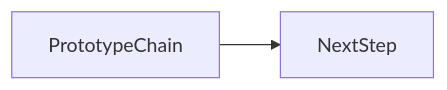
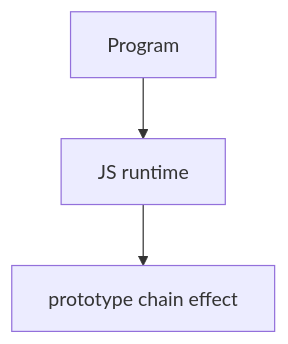
Before and after one commit to OmidJavaherii/Frontend-Engineering-Handbook: the second of 2 diagrams in docs/en/06-javascript/prototype-chain/index.md, drawn with Mermaid. The commit also changed other lines of this file and 461 other files, not shown here.

````diff
--- a/docs/en/06-javascript/prototype-chain/index.md
+++ b/docs/en/06-javascript/prototype-chain/index.md
@@ -96,4 +112,5 @@
 ```mermaid
-flowchart LR
-  concept[PrototypeChain] --> nextStep[NextStep]
+flowchart TD
+  Code[Program] --> Runtime[JS runtime]
+  Runtime --> Effect[prototype chain effect]
 ```
````
